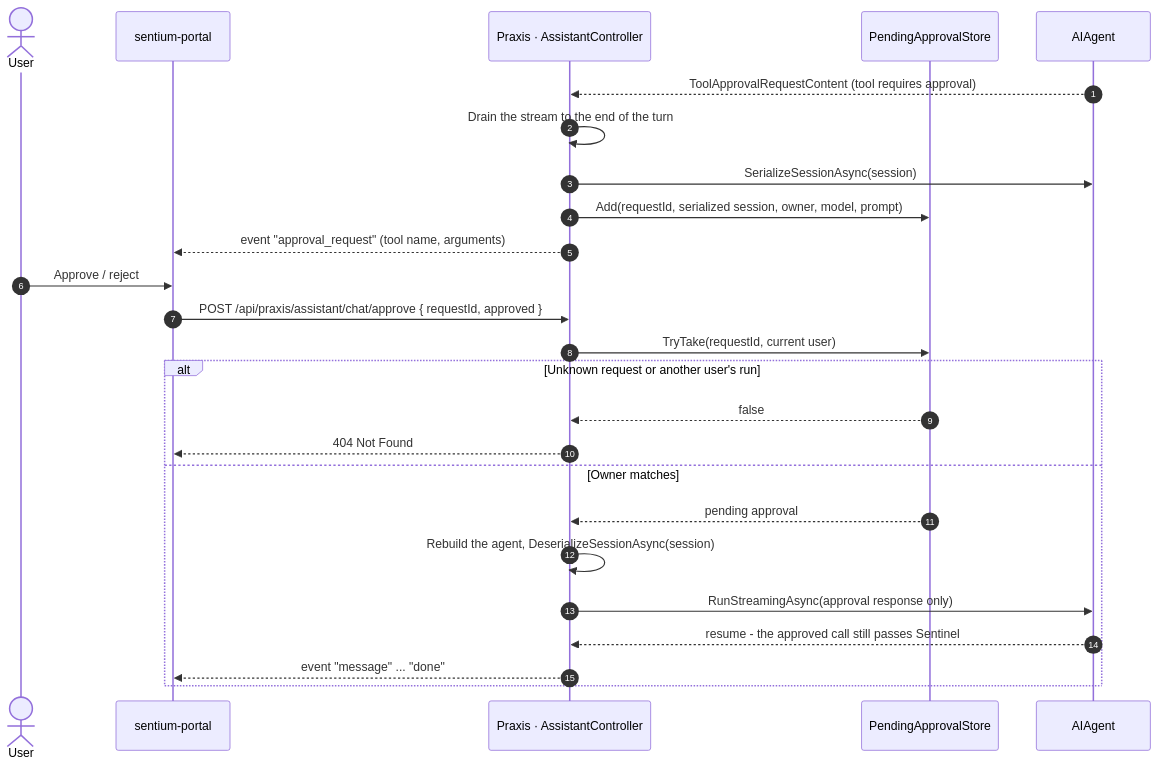
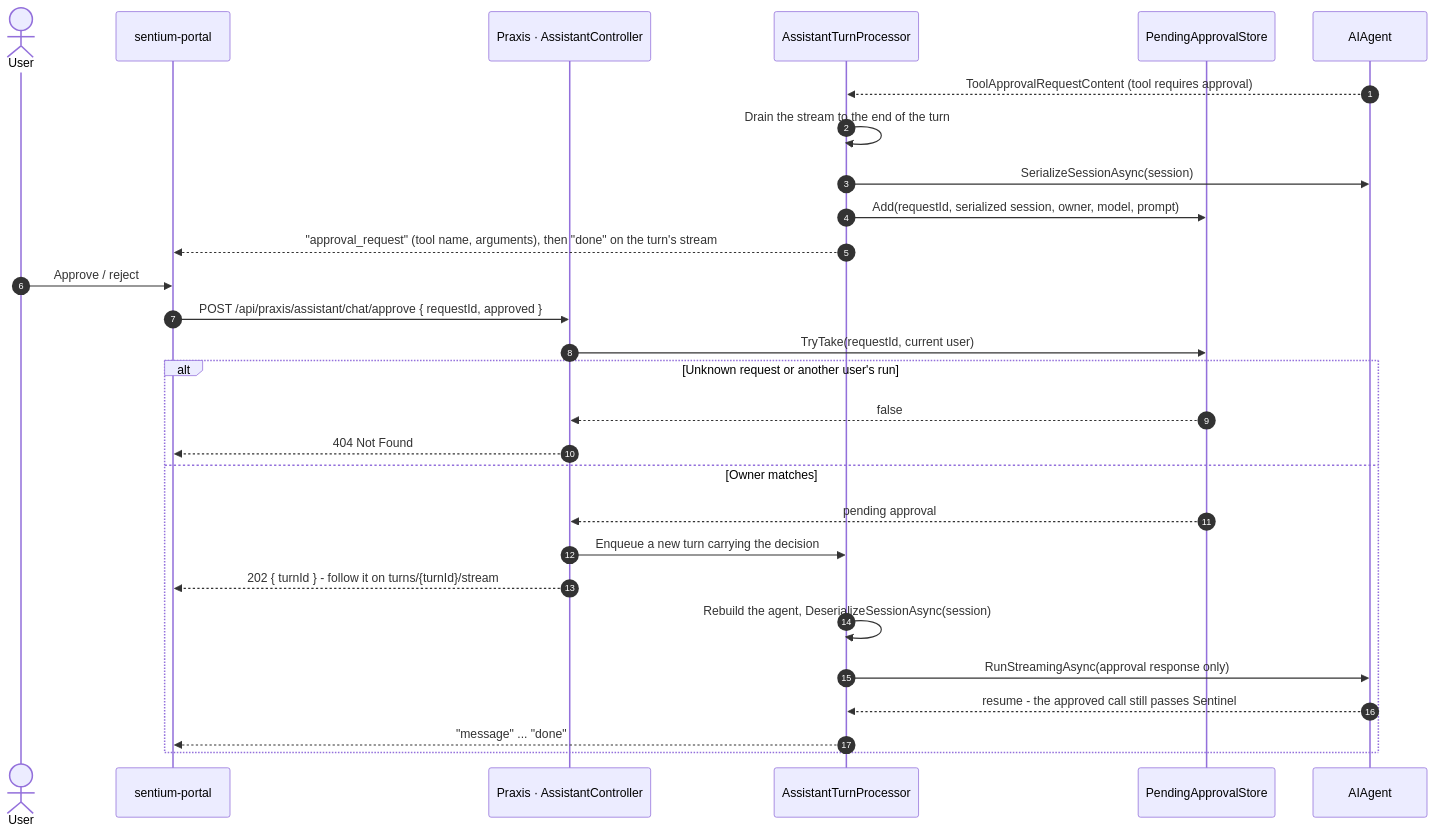
The diagram in docs/diagrams/agents-5-tool-approval.md (mihailshterev/sentium), drawn with Mermaid before and after one commit. The commit also changed 248 other files, not shown here.

````diff
--- a/docs/diagrams/agents-5-tool-approval.md
+++ b/docs/diagrams/agents-5-tool-approval.md
@@ -1,28 +1,31 @@
 ```mermaid
 sequenceDiagram
     autonumber
     actor U as User
     participant FE as sentium-portal
     participant AR as Praxis · AssistantController
+    participant TP as AssistantTurnProcessor
     participant PS as PendingApprovalStore
     participant AG as AIAgent
 
-    AG-->>AR: ToolApprovalRequestContent (tool requires approval)
-    AR->>AR: Drain the stream to the end of the turn
-    AR->>AG: SerializeSessionAsync(session)
-    AR->>PS: Add(requestId, serialized session, owner, model, prompt)
-    AR-->>FE: event "approval_request" (tool name, arguments)
+    AG-->>TP: ToolApprovalRequestContent (tool requires approval)
+    TP->>TP: Drain the stream to the end of the turn
+    TP->>AG: SerializeSessionAsync(session)
+    TP->>PS: Add(requestId, serialized session, owner, model, prompt)
+    TP-->>FE: "approval_request" (tool name, arguments), then "done" on the turn's stream
     U->>FE: Approve / reject
     FE->>AR: POST /api/praxis/assistant/chat/approve { requestId, approved }
     AR->>PS: TryTake(requestId, current user)
     alt Unknown request or another user's run
         PS-->>AR: false
         AR-->>FE: 404 Not Found
     else Owner matches
         PS-->>AR: pending approval
-        AR->>AR: Rebuild the agent, DeserializeSessionAsync(session)
-        AR->>AG: RunStreamingAsync(approval response only)
-        AG-->>AR: resume - the approved call still passes Sentinel
-        AR-->>FE: event "message" ... "done"
+        AR->>TP: Enqueue a new turn carrying the decision
+        AR-->>FE: 202 { turnId } - follow it on turns/{turnId}/stream
+        TP->>TP: Rebuild the agent, DeserializeSessionAsync(session)
+        TP->>AG: RunStreamingAsync(approval response only)
+        AG-->>TP: resume - the approved call still passes Sentinel
+        TP-->>FE: "message" ... "done"
     end
 ```
````
